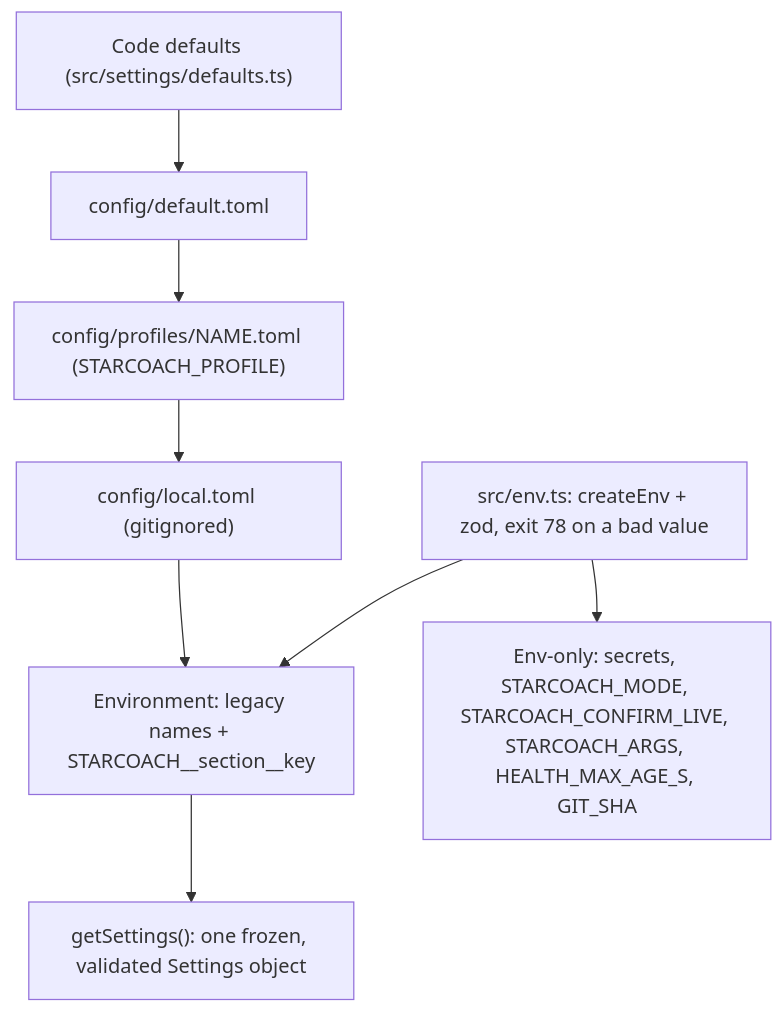
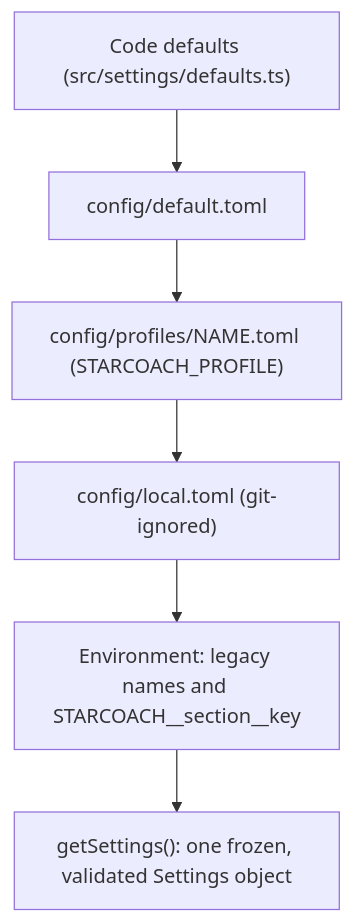
Before and after one commit to united-states-arak/wallex: the third of 3 diagrams in docs/ARCHITECTURE.md, drawn with Mermaid. The commit also changed other lines of this file and 152 other files, not shown here.

````diff
--- a/docs/ARCHITECTURE.md
+++ b/docs/ARCHITECTURE.md
@@ -136,10 +136,8 @@
 ```mermaid
 flowchart TB
     D["Code defaults (src/settings/defaults.ts)"] --> F1["config/default.toml"]
     F1 --> F2["config/profiles/NAME.toml (STARCOACH_PROFILE)"]
-    F2 --> F3["config/local.toml (gitignored)"]
-    F3 --> E["Environment: legacy names + STARCOACH__section__key"]
+    F2 --> F3["config/local.toml (git-ignored)"]
+    F3 --> E["Environment: legacy names and STARCOACH__section__key"]
     E --> S["getSettings(): one frozen, validated Settings object"]
-    ENV["src/env.ts: createEnv + zod, exit 78 on a bad value"] --> E
-    ENV --> OP["Env-only: secrets, STARCOACH_MODE, STARCOACH_CONFIRM_LIVE, STARCOACH_ARGS, HEALTH_MAX_AGE_S, GIT_SHA"]
 ```
````
